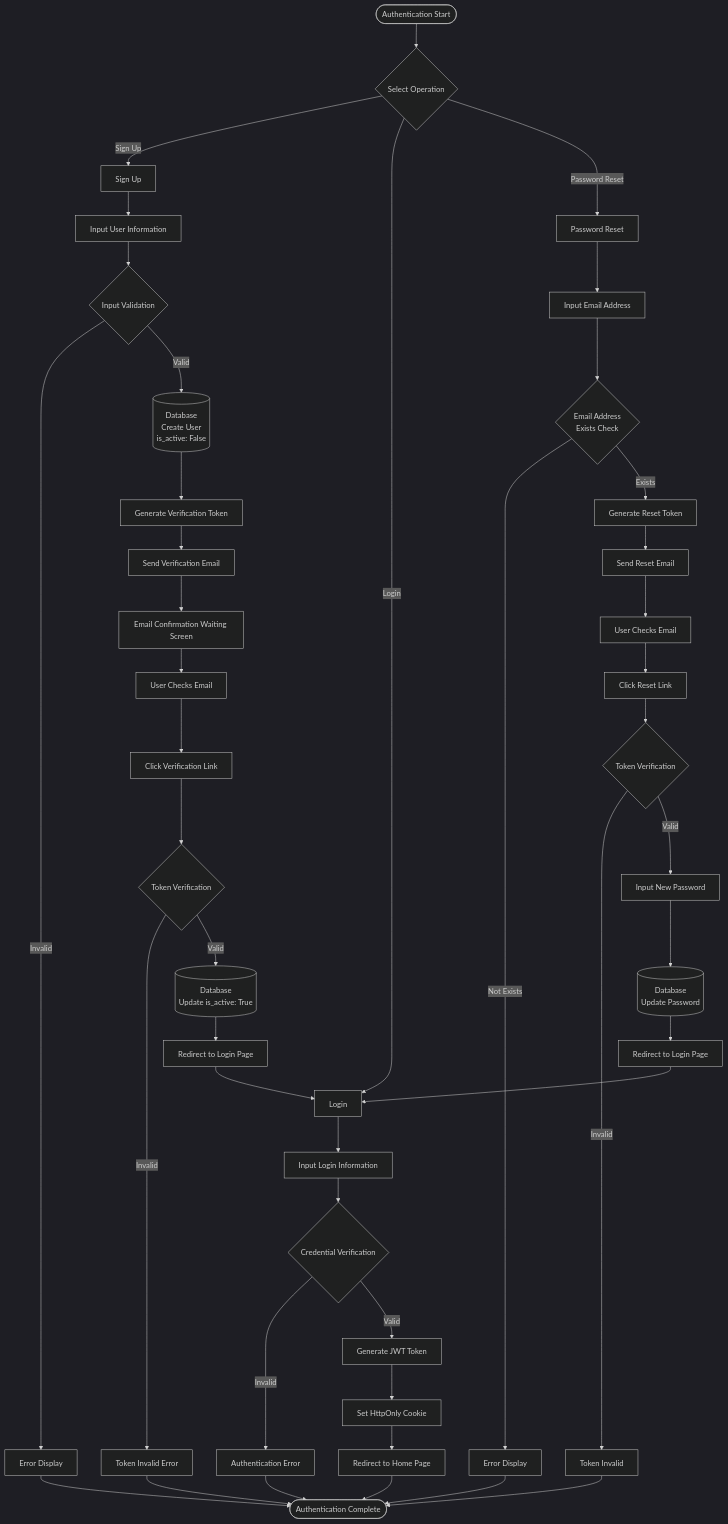
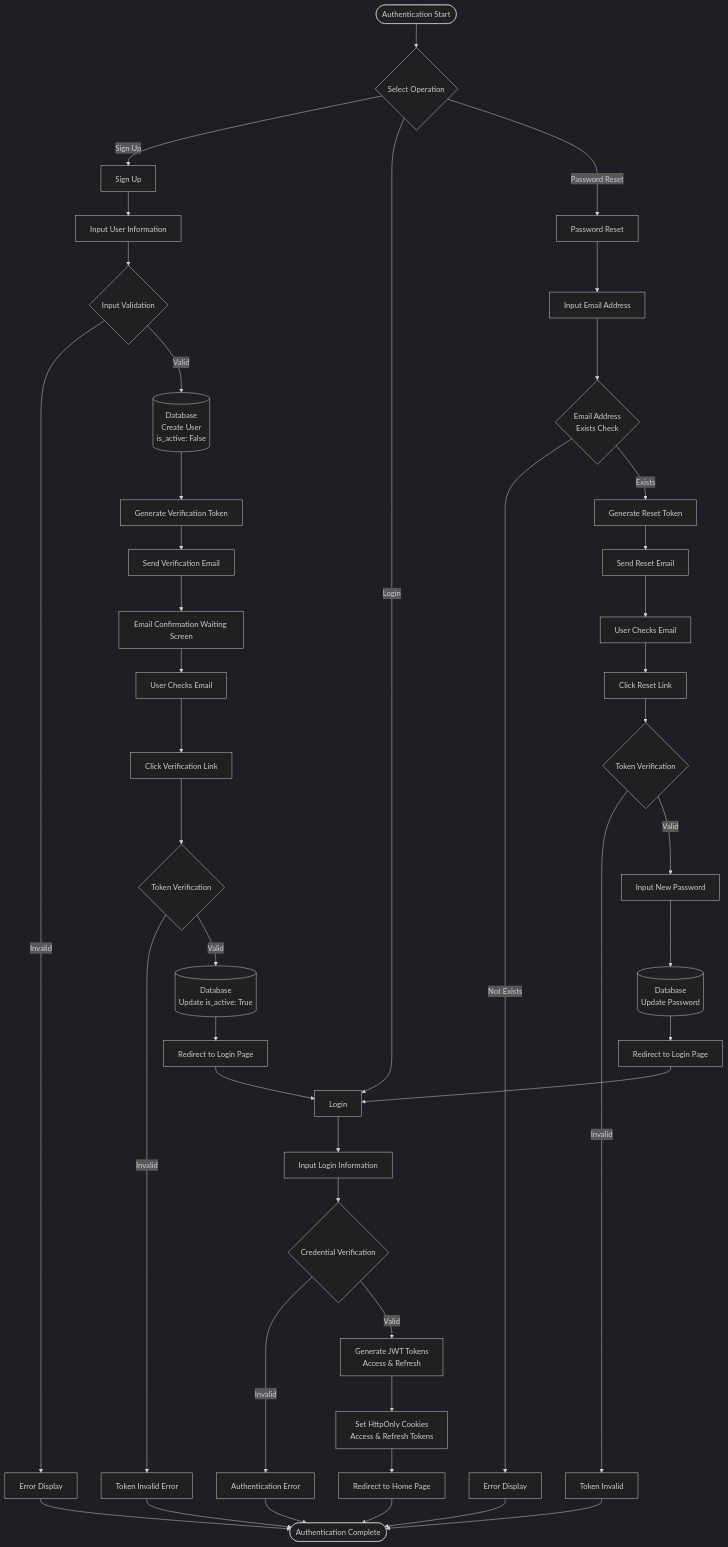
The third of 6 diagrams in docs/architecture/flowchart.md (yukiharada1228/videoq), drawn with Mermaid (dark theme) before and after one commit. The commit also changed 5 other files, not shown here.

````diff
--- a/docs/architecture/flowchart.md
+++ b/docs/architecture/flowchart.md
@@ -89,50 +89,50 @@
 ```mermaid
 flowchart TD
     Start([Authentication Start]) --> Select{Select Operation}
     Select -->|Sign Up| Signup[Sign Up]
     Select -->|Login| Login[Login]
     Select -->|Password Reset| Reset[Password Reset]
     
     Signup --> InputSignup[Input User Information]
     InputSignup --> ValidateSignup{Input Validation}
     ValidateSignup -->|Invalid| ErrorSignup[Error Display]
     ValidateSignup -->|Valid| CreateUser[(Database<br/>Create User<br/>is_active: False)]
     CreateUser --> GenerateToken[Generate Verification Token]
     GenerateToken --> SendEmail[Send Verification Email]
     SendEmail --> ShowMessage[Email Confirmation Waiting Screen]
     ShowMessage --> WaitEmail[User Checks Email]
     WaitEmail --> ClickLink[Click Verification Link]
     ClickLink --> VerifyToken{Token Verification}
     VerifyToken -->|Invalid| ErrorToken[Token Invalid Error]
     VerifyToken -->|Valid| ActivateUser[(Database<br/>Update is_active: True)]
     ActivateUser --> RedirectLogin[Redirect to Login Page]
     RedirectLogin --> Login
     
     Login --> InputLogin[Input Login Information]
     InputLogin --> ValidateLogin{Credential Verification}
     ValidateLogin -->|Invalid| ErrorLogin[Authentication Error]
-    ValidateLogin -->|Valid| GenerateJWT[Generate JWT Token]
-    GenerateJWT --> SetCookie[Set HttpOnly Cookie]
+    ValidateLogin -->|Valid| GenerateJWT[Generate JWT Tokens<br/>Access & Refresh]
+    GenerateJWT --> SetCookie[Set HttpOnly Cookies<br/>Access & Refresh Tokens]
     SetCookie --> RedirectHome[Redirect to Home Page]
     RedirectHome --> End([Authentication Complete])
     
     Reset --> InputEmail[Input Email Address]
     InputEmail --> ValidateEmail{Email Address<br/>Exists Check}
     ValidateEmail -->|Not Exists| ErrorEmail[Error Display]
     ValidateEmail -->|Exists| GenerateResetToken[Generate Reset Token]
     GenerateResetToken --> SendResetEmail[Send Reset Email]
     SendResetEmail --> WaitReset[User Checks Email]
     WaitReset --> ClickResetLink[Click Reset Link]
     ClickResetLink --> VerifyResetToken{Token Verification}
     VerifyResetToken -->|Invalid| ErrorResetToken[Token Invalid]
     VerifyResetToken -->|Valid| InputNewPassword[Input New Password]
     InputNewPassword --> UpdatePassword[(Database<br/>Update Password)]
     UpdatePassword --> RedirectLogin2[Redirect to Login Page]
     RedirectLogin2 --> Login
     
     ErrorSignup --> End
     ErrorToken --> End
     ErrorLogin --> End
     ErrorEmail --> End
     ErrorResetToken --> End
 ```
````
